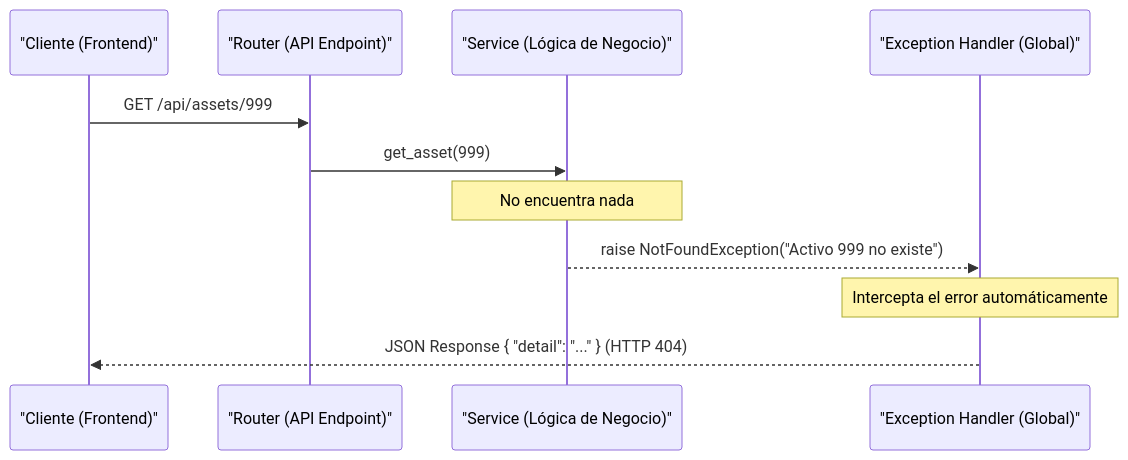
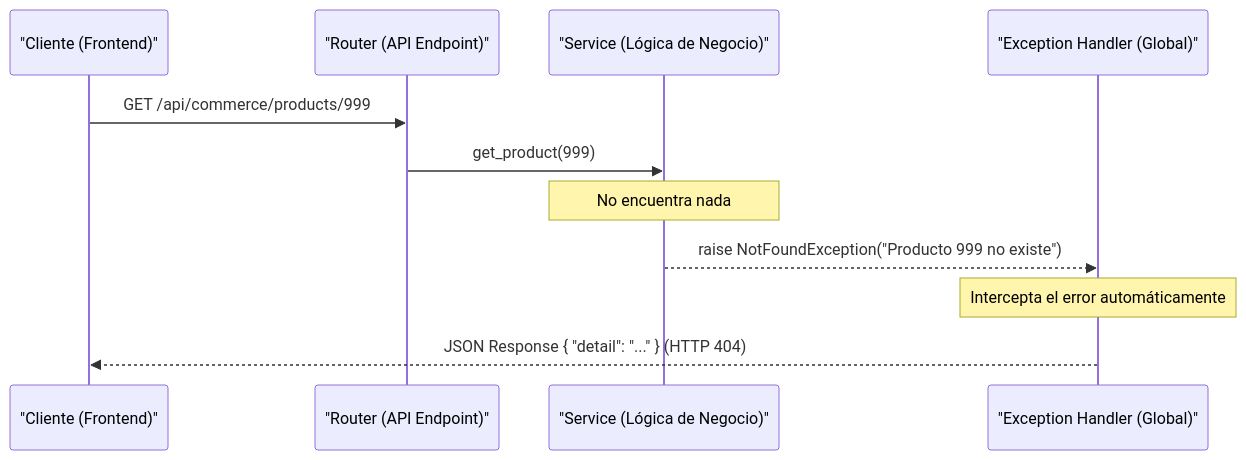
The diagram in docs/EXCEPTION_HANDLING_GUIDE.md (henrytaby/uyuni-backend-py), drawn with Mermaid before and after one commit. The commit also changed 20 other files, not shown here.

````diff
--- a/docs/EXCEPTION_HANDLING_GUIDE.md
+++ b/docs/EXCEPTION_HANDLING_GUIDE.md
@@ -40,16 +40,16 @@
 ```mermaid
 sequenceDiagram
     participant C as "Cliente (Frontend)"
     participant R as "Router (API Endpoint)"
     participant S as "Service (Lógica de Negocio)"
     participant H as "Exception Handler (Global)"
 
-    C->>R: GET /api/assets/999
-    R->>S: get_asset(999)
+    C->>R: GET /api/commerce/products/999
+    R->>S: get_product(999)
     
     Note over S: No encuentra nada
-    S-->>H: raise NotFoundException("Activo 999 no existe")
+    S-->>H: raise NotFoundException("Producto 999 no existe")
     
     Note over H: Intercepta el error automáticamente
     H-->>C: JSON Response { "detail": "..." } (HTTP 404)
 ```
````
